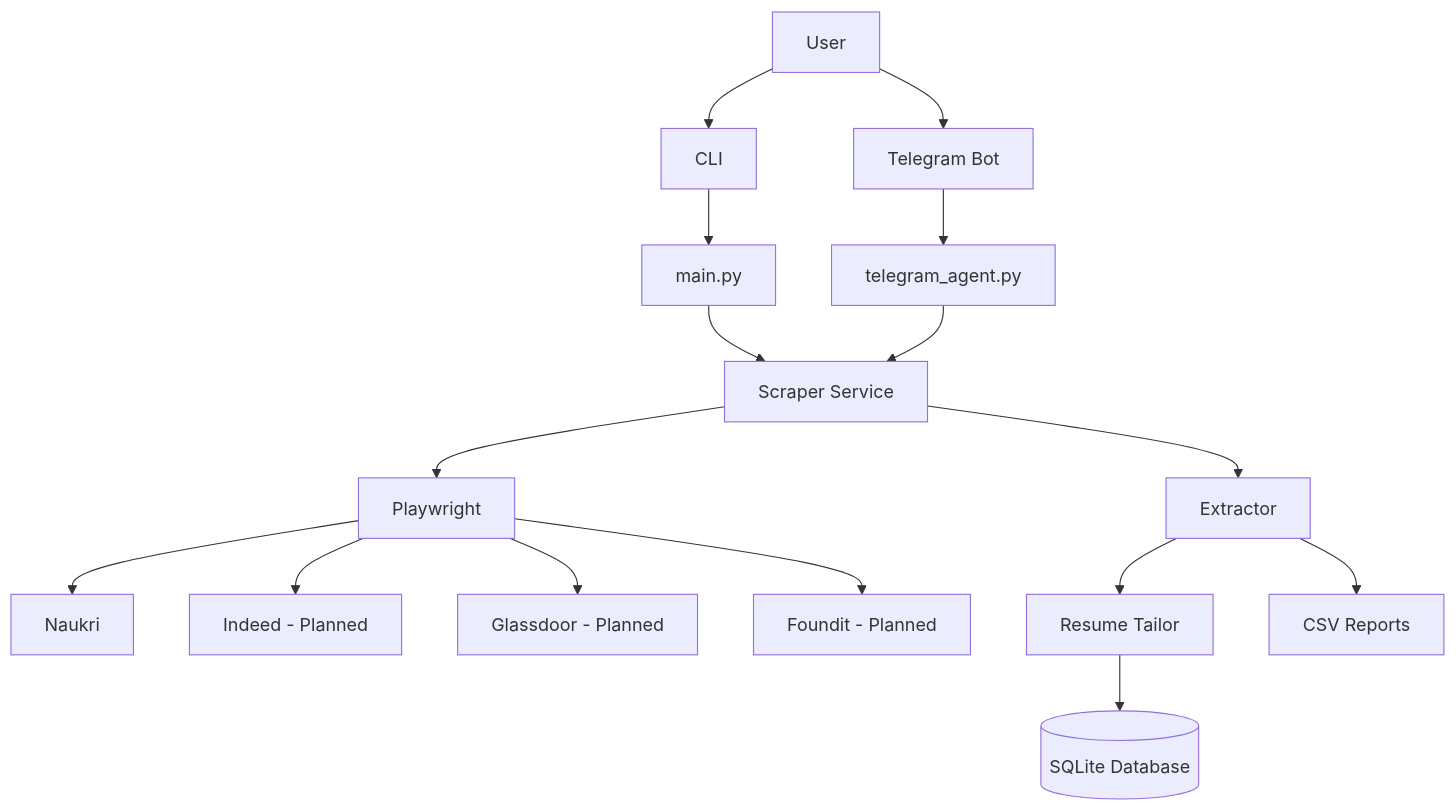
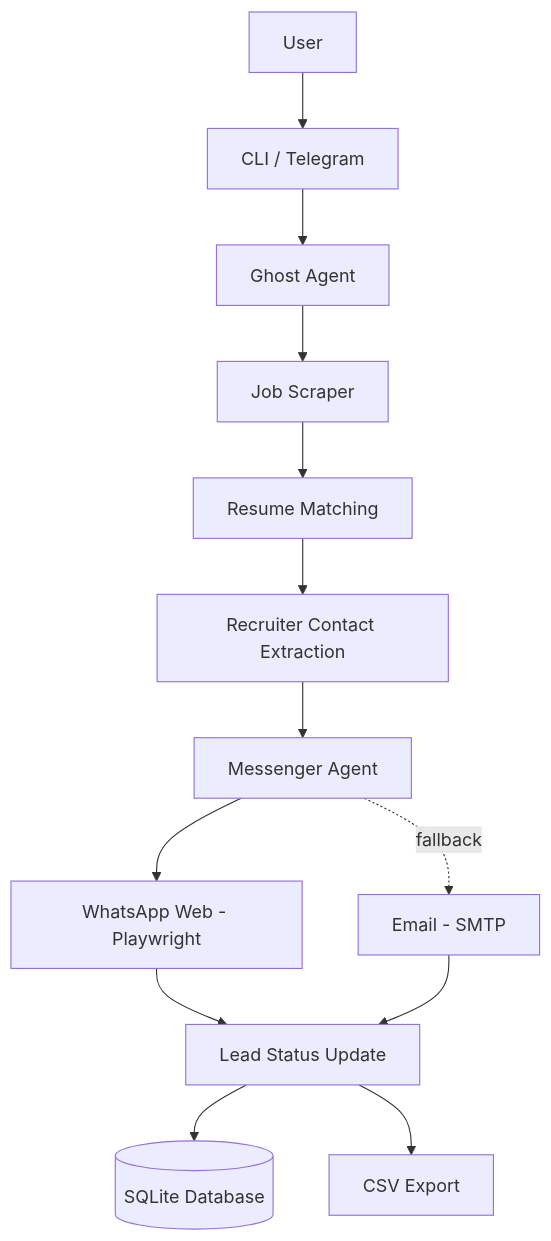
Before and after one commit to sh1618112233/ghost-agent: the diagram in README.md, drawn with Mermaid. The commit also changed other lines of this file, not shown here.

Commit message:
docs: update README for WhatsApp workflow and developer defaults

````diff
--- a/README.md
+++ b/README.md
@@ -6,27 +6,16 @@
 ```mermaid
 flowchart TD
 
-    U[User]
-
-    U --> CLI[CLI]
-    U --> TG[Telegram Bot]
-
-    CLI --> MAIN[main.py]
-    TG --> BOT[telegram_agent.py]
-
-    MAIN --> SCRAPER[Scraper Service]
-    BOT --> SCRAPER
-
-    SCRAPER --> PLAY[Playwright]
-
-    PLAY --> NAUKRI[Naukri]
-    PLAY --> INDEED[Indeed - Planned]
-    PLAY --> GLASSDOOR[Glassdoor - Planned]
-    PLAY --> FOUNDIT[Foundit - Planned]
-
-    SCRAPER --> EXTRACTOR[Extractor]
-    EXTRACTOR --> RESUME[Resume Tailor]
-
-    RESUME --> DB[(SQLite Database)]
-    EXTRACTOR --> CSV[CSV Reports]
+    U[User] --> CLI[CLI / Telegram]
+    CLI --> GA[Ghost Agent]
+    GA --> SCRAPER[Job Scraper]
+    SCRAPER --> MATCH[Resume Matching]
+    MATCH --> EXTRACT[Recruiter Contact Extraction]
+    EXTRACT --> MSG[Messenger Agent]
+    MSG --> WA[WhatsApp Web - Playwright]
+    MSG -. fallback .-> EMAIL[Email - SMTP]
+    WA --> STATUS[Lead Status Update]
+    EMAIL --> STATUS
+    STATUS --> DB[(SQLite Database)]
+    STATUS --> CSV[CSV Export]
 ```
````
